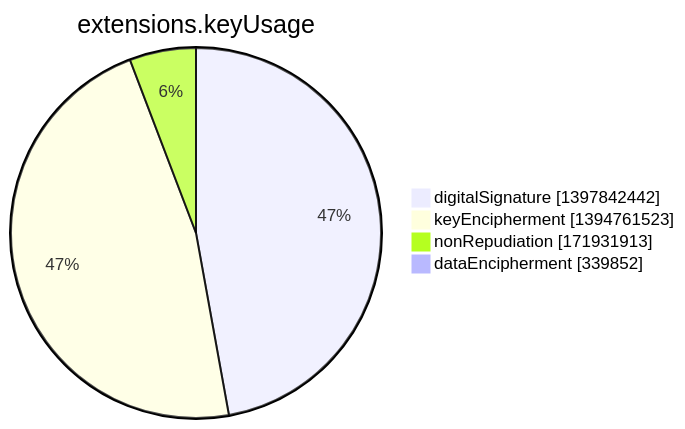
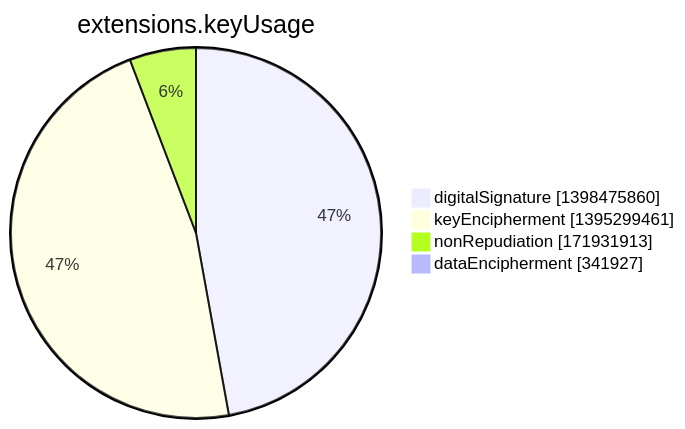
Before and after one commit to christiankrug/ctmonitor_visualization: the seventh of 15 diagrams in argon2022/README.md, drawn with Mermaid. The commit also changed other lines of this file, not shown here.

````diff
--- a/argon2022/README.md
+++ b/argon2022/README.md
@@ -2751,8 +2751,8 @@
 ```mermaid
 pie showData
 title extensions.keyUsage
-"digitalSignature" :1397842442
-"keyEncipherment" :1394761523
+"digitalSignature" :1398475860
+"keyEncipherment" :1395299461
 "nonRepudiation" :171931913
-"dataEncipherment" :339852
+"dataEncipherment" :341927
 ```
````
